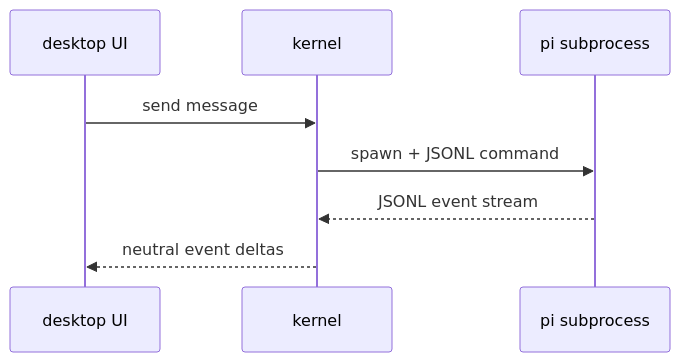
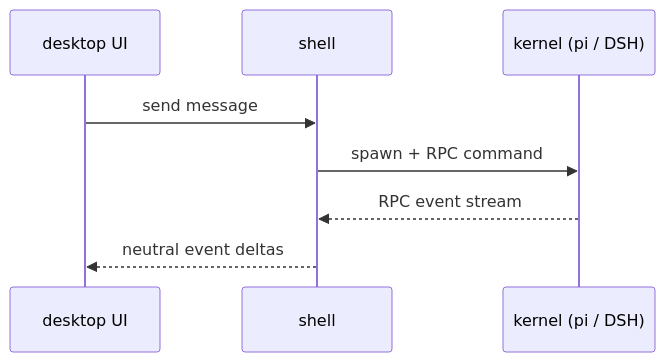
Before and after one commit to GOODDAYDAY/my-harness-desktop: the second of 5 diagrams in README.md, drawn with Mermaid. The commit also changed other lines of this file and 1 other file, not shown here.

First line of the commit message:
docs(readme): 全篇改为多内核口径(pi/dsh 同级)

````diff
--- a/README.md
+++ b/README.md
@@ -128,10 +133,10 @@
 ```mermaid
 sequenceDiagram
     participant UI as desktop UI
-    participant K as kernel
-    participant Pi as pi subprocess
-    UI->>K: send message
-    K->>Pi: spawn + JSONL command
-    Pi-->>K: JSONL event stream
-    K-->>UI: neutral event deltas
+    participant S as shell
+    participant K as kernel (pi / DSH)
+    UI->>S: send message
+    S->>K: spawn + RPC command
+    K-->>S: RPC event stream
+    S-->>UI: neutral event deltas
 ```
````
